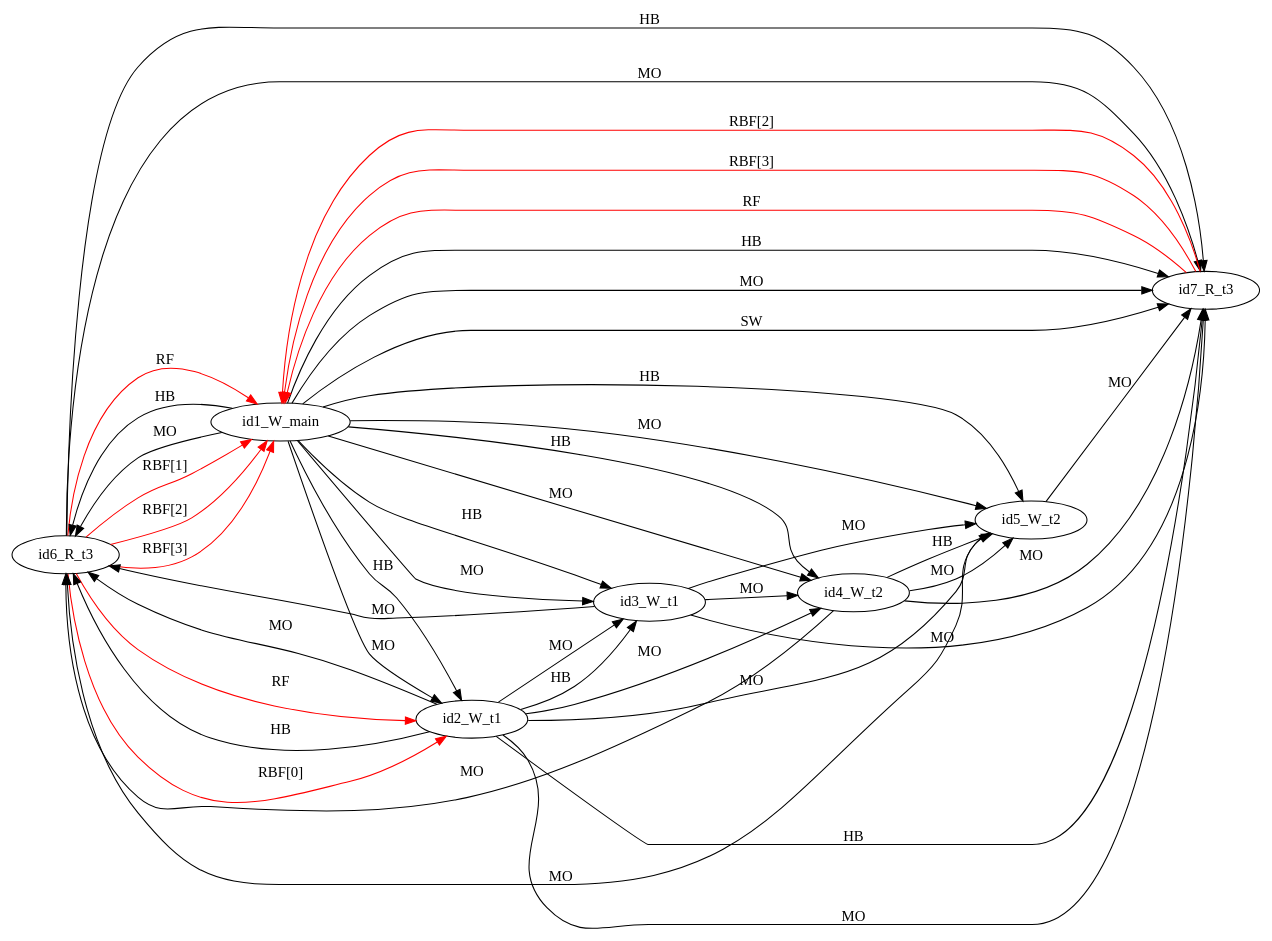
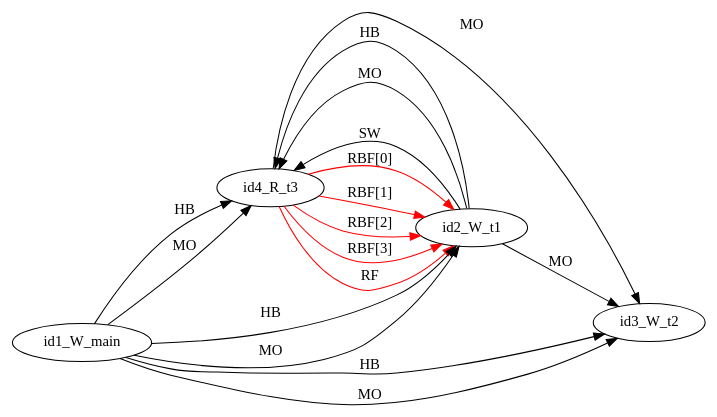
Before and after one commit to FMJS/EMME: the diagram in examples/single_var/sv_simple07/mm2.dot, drawn with Graphviz. The commit also changed 357 other files, not shown here.

```diff
--- a/examples/single_var/sv_simple07/mm2.dot
+++ b/examples/single_var/sv_simple07/mm2.dot
@@ -1,45 +1,19 @@
 digraph memory_model {
 rankdir=LR;
-id6_R_t3 -> id1_W_main [label = "RBF[1]", color="red"];
-id6_R_t3 -> id1_W_main [label = "RBF[2]", color="red"];
-id6_R_t3 -> id1_W_main [label = "RBF[3]", color="red"];
-id6_R_t3 -> id2_W_t1 [label = "RBF[0]", color="red"];
-id7_R_t3 -> id1_W_main [label = "RBF[2]", color="red"];
-id7_R_t3 -> id1_W_main [label = "RBF[3]", color="red"];
-id6_R_t3 -> id1_W_main [label = "RF", color="red"];
-id6_R_t3 -> id2_W_t1 [label = "RF", color="red"];
-id7_R_t3 -> id1_W_main [label = "RF", color="red"];
-id2_W_t1 -> id3_W_t1 [label = "HB", color="black"];
-id4_W_t2 -> id5_W_t2 [label = "HB", color="black"];
-id6_R_t3 -> id7_R_t3 [label = "HB", color="black"];
+id4_R_t3 -> id2_W_t1 [label = "RBF[0]", color="red"];
+id4_R_t3 -> id2_W_t1 [label = "RBF[1]", color="red"];
+id4_R_t3 -> id2_W_t1 [label = "RBF[2]", color="red"];
+id4_R_t3 -> id2_W_t1 [label = "RBF[3]", color="red"];
+id4_R_t3 -> id2_W_t1 [label = "RF", color="red"];
 id1_W_main -> id2_W_t1 [label = "HB", color="black"];
-id1_W_main -> id3_W_t1 [label = "HB", color="black"];
-id1_W_main -> id4_W_t2 [label = "HB", color="black"];
-id1_W_main -> id5_W_t2 [label = "HB", color="black"];
-id1_W_main -> id6_R_t3 [label = "HB", color="black"];
-id1_W_main -> id7_R_t3 [label = "HB", color="black"];
-id2_W_t1 -> id6_R_t3 [label = "HB", color="black"];
-id2_W_t1 -> id7_R_t3 [label = "HB", color="black"];
-id2_W_t1 -> id3_W_t1 [label = "MO", color="black"];
-id4_W_t2 -> id5_W_t2 [label = "MO", color="black"];
-id6_R_t3 -> id7_R_t3 [label = "MO", color="black"];
+id1_W_main -> id3_W_t2 [label = "HB", color="black"];
+id1_W_main -> id4_R_t3 [label = "HB", color="black"];
+id2_W_t1 -> id4_R_t3 [label = "HB", color="black"];
 id1_W_main -> id2_W_t1 [label = "MO", color="black"];
-id1_W_main -> id3_W_t1 [label = "MO", color="black"];
-id1_W_main -> id4_W_t2 [label = "MO", color="black"];
-id1_W_main -> id5_W_t2 [label = "MO", color="black"];
-id1_W_main -> id6_R_t3 [label = "MO", color="black"];
-id1_W_main -> id7_R_t3 [label = "MO", color="black"];
-id2_W_t1 -> id4_W_t2 [label = "MO", color="black"];
-id2_W_t1 -> id5_W_t2 [label = "MO", color="black"];
-id2_W_t1 -> id6_R_t3 [label = "MO", color="black"];
-id2_W_t1 -> id7_R_t3 [label = "MO", color="black"];
-id3_W_t1 -> id4_W_t2 [label = "MO", color="black"];
-id3_W_t1 -> id5_W_t2 [label = "MO", color="black"];
-id3_W_t1 -> id6_R_t3 [label = "MO", color="black"];
-id3_W_t1 -> id7_R_t3 [label = "MO", color="black"];
-id4_W_t2 -> id6_R_t3 [label = "MO", color="black"];
-id4_W_t2 -> id7_R_t3 [label = "MO", color="black"];
-id5_W_t2 -> id6_R_t3 [label = "MO", color="black"];
-id5_W_t2 -> id7_R_t3 [label = "MO", color="black"];
-id1_W_main -> id7_R_t3 [label = "SW", color="black"];
+id1_W_main -> id3_W_t2 [label = "MO", color="black"];
+id1_W_main -> id4_R_t3 [label = "MO", color="black"];
+id2_W_t1 -> id3_W_t2 [label = "MO", color="black"];
+id2_W_t1 -> id4_R_t3 [label = "MO", color="black"];
+id4_R_t3 -> id3_W_t2 [label = "MO", color="black"];
+id2_W_t1 -> id4_R_t3 [label = "SW", color="black"];
 }
```
